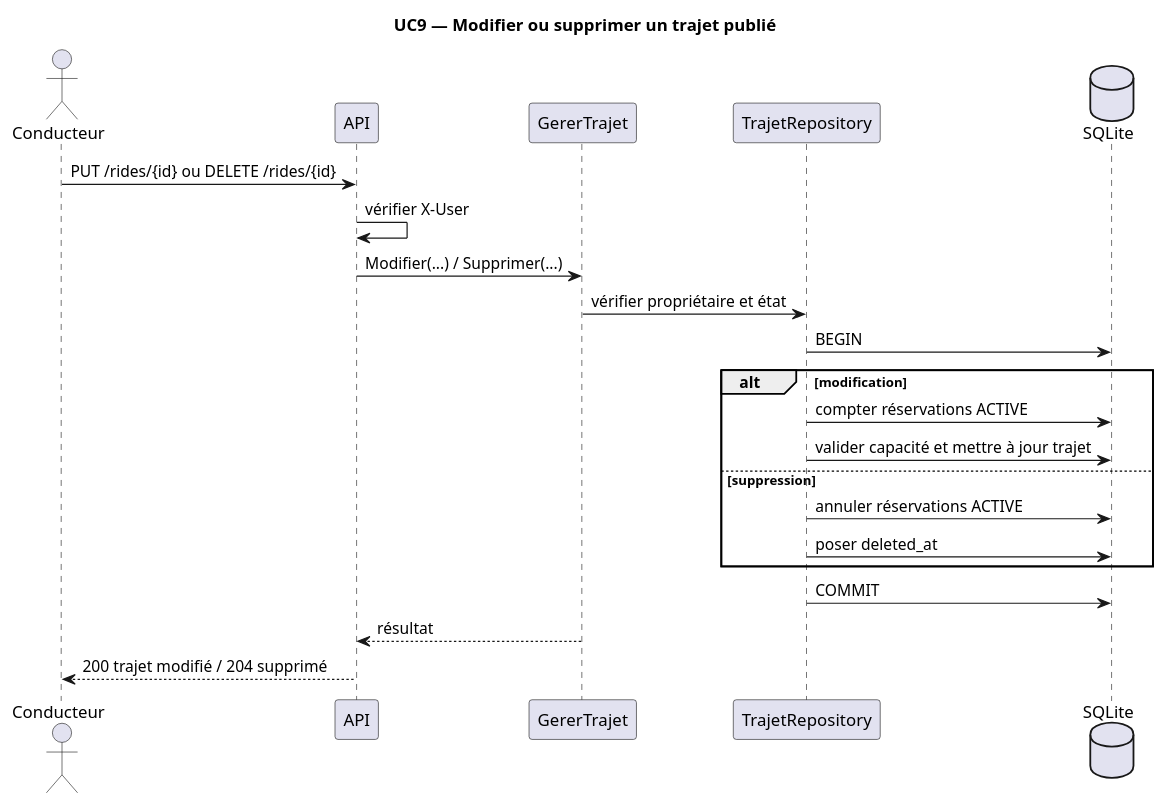
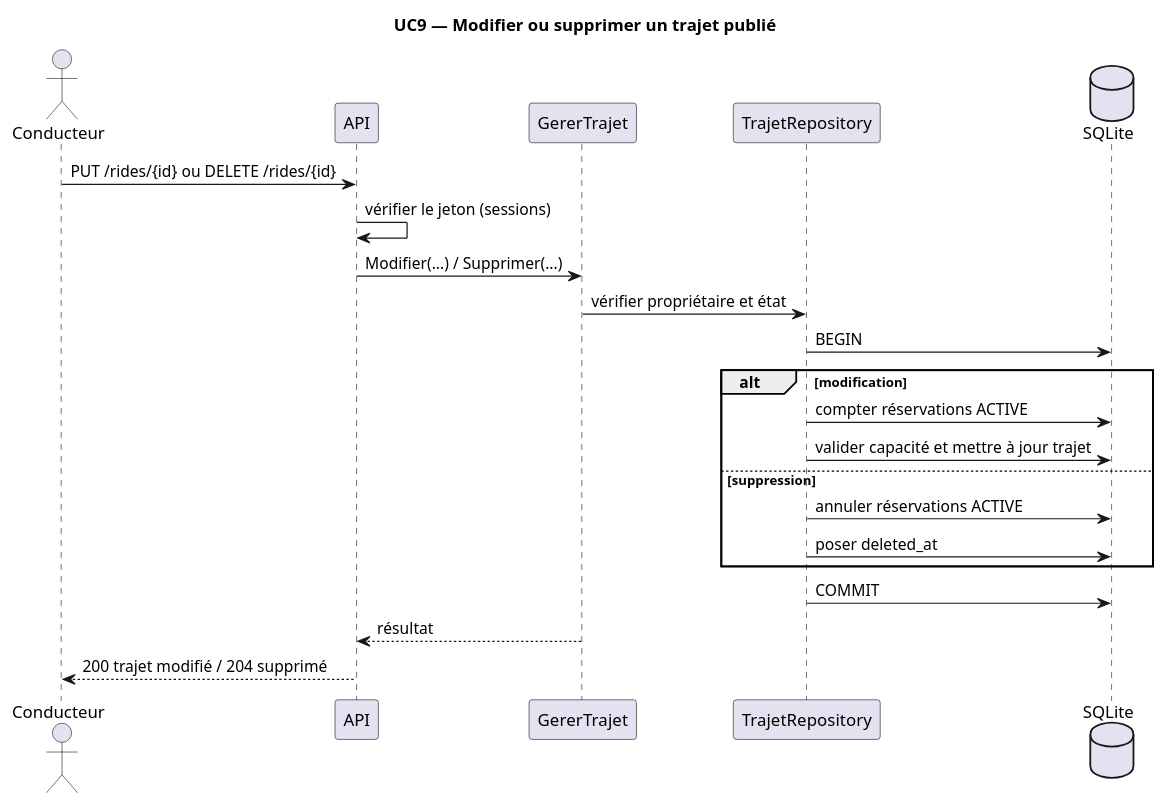
The diagram in docs/uml/uc9-sequence.puml (alaa-ilehi/Wasalni), drawn with PlantUML before and after one commit. The commit also changed 45 other files, not shown here.

```diff
--- a/docs/uml/uc9-sequence.puml
+++ b/docs/uml/uc9-sequence.puml
@@ -1,24 +1,24 @@
 @startuml
 title UC9 — Modifier ou supprimer un trajet publié
 actor Conducteur
 participant API
 participant GererTrajet
 participant TrajetRepository
 database SQLite
 
 Conducteur -> API: PUT /rides/{id} ou DELETE /rides/{id}
-API -> API: vérifier X-User
+API -> API: vérifier le jeton (sessions)
 API -> GererTrajet: Modifier(...) / Supprimer(...)
 GererTrajet -> TrajetRepository: vérifier propriétaire et état
 TrajetRepository -> SQLite: BEGIN
 alt modification
   TrajetRepository -> SQLite: compter réservations ACTIVE
   TrajetRepository -> SQLite: valider capacité et mettre à jour trajet
 else suppression
   TrajetRepository -> SQLite: annuler réservations ACTIVE
   TrajetRepository -> SQLite: poser deleted_at
 end
 TrajetRepository -> SQLite: COMMIT
 GererTrajet --> API: résultat
 API --> Conducteur: 200 trajet modifié / 204 supprimé
 @enduml
```
